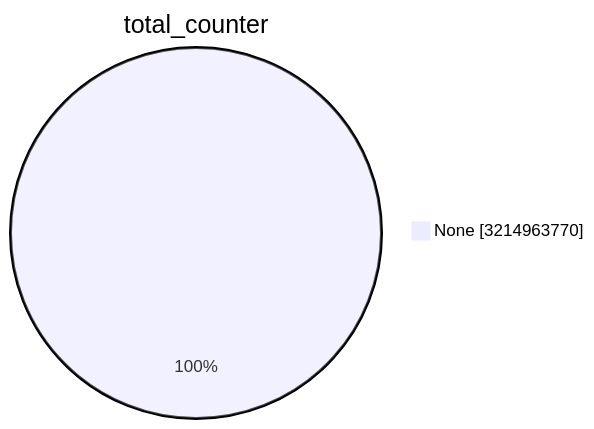
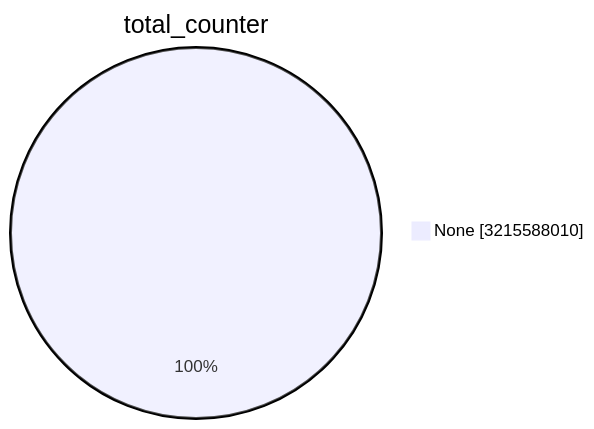
Before and after one commit to christiankrug/ctmonitor_visualization: the first of 15 diagrams in TOTAL/README.md, drawn with Mermaid. The commit also changed other lines of this file, not shown here.

````diff
--- a/TOTAL/README.md
+++ b/TOTAL/README.md
@@ -1,5 +1,5 @@
 ```mermaid
 pie showData
 title total_counter
-"None" :3214963770
+"None" :3215588010
 ```
````
